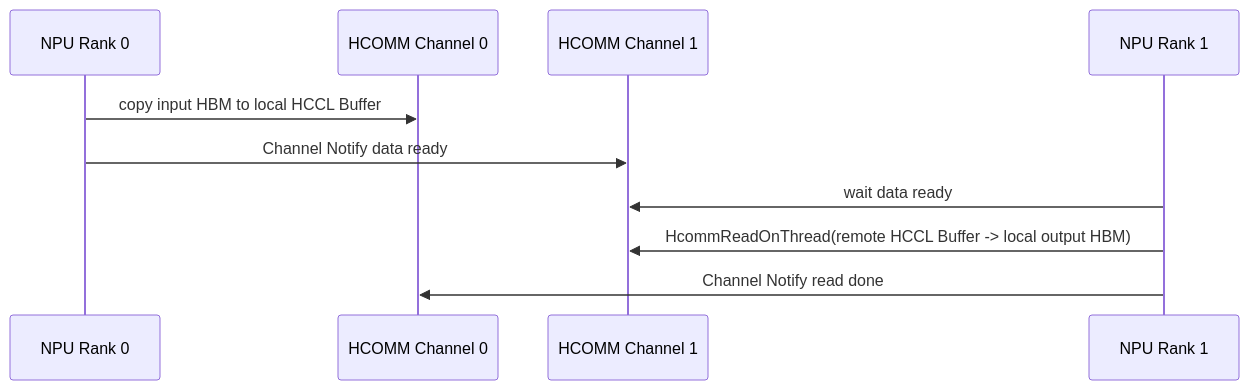
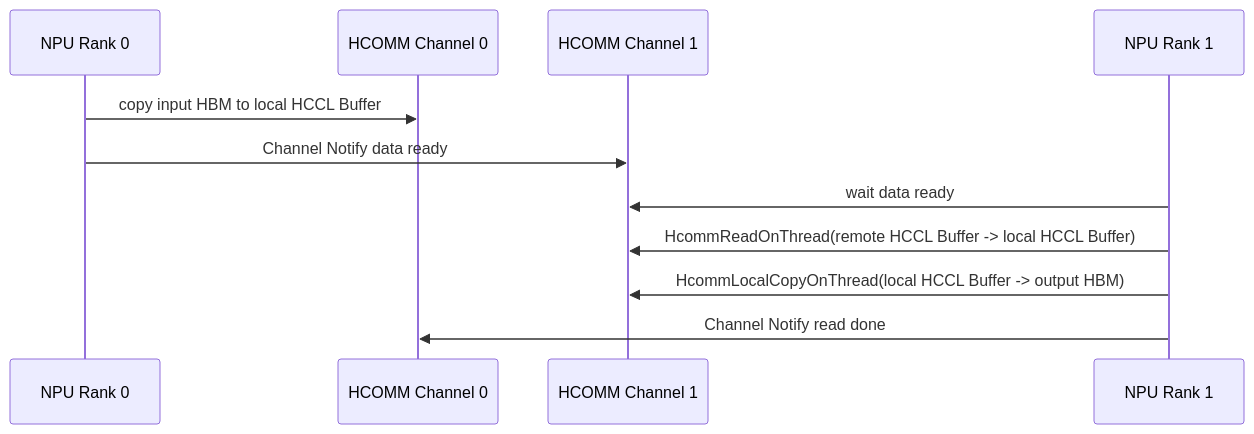
One commit to Leaf-Salix/flume-ascend-host-bypass-datapath changed the third of 6 diagrams in docs/architecture.md. Above: the diagram before and after it, drawn with Mermaid. The commit also changed other lines of this file and 10 other files, not shown here.

Commit message:
Route HCOMM recv through local buffer

````diff
--- a/docs/architecture.md
+++ b/docs/architecture.md
@@ -278,13 +278,14 @@
 ```mermaid
 sequenceDiagram
     participant Rank0 as NPU Rank 0
     participant HCOMM0 as HCOMM Channel 0
     participant HCOMM1 as HCOMM Channel 1
     participant Rank1 as NPU Rank 1
 
     Rank0->>HCOMM0: copy input HBM to local HCCL Buffer
     Rank0->>HCOMM1: Channel Notify data ready
     Rank1->>HCOMM1: wait data ready
-    Rank1->>HCOMM1: HcommReadOnThread(remote HCCL Buffer -> local output HBM)
+    Rank1->>HCOMM1: HcommReadOnThread(remote HCCL Buffer -> local HCCL Buffer)
+    Rank1->>HCOMM1: HcommLocalCopyOnThread(local HCCL Buffer -> output HBM)
     Rank1->>HCOMM0: Channel Notify read done
 ```
````
